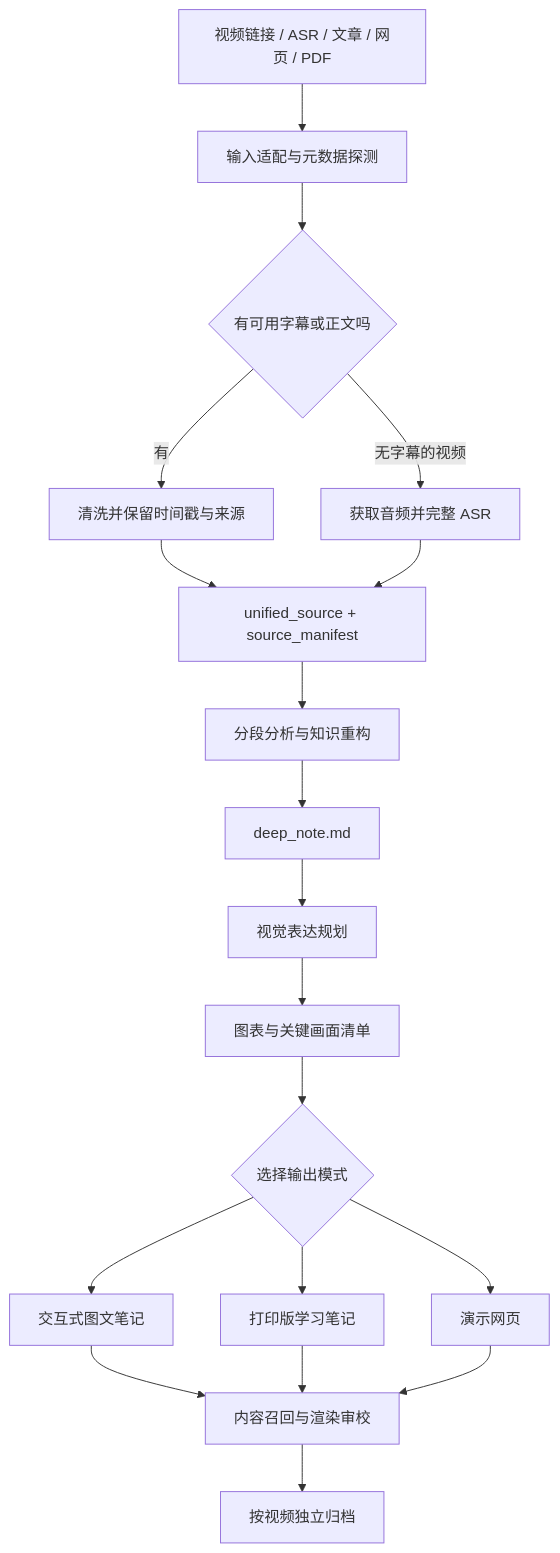
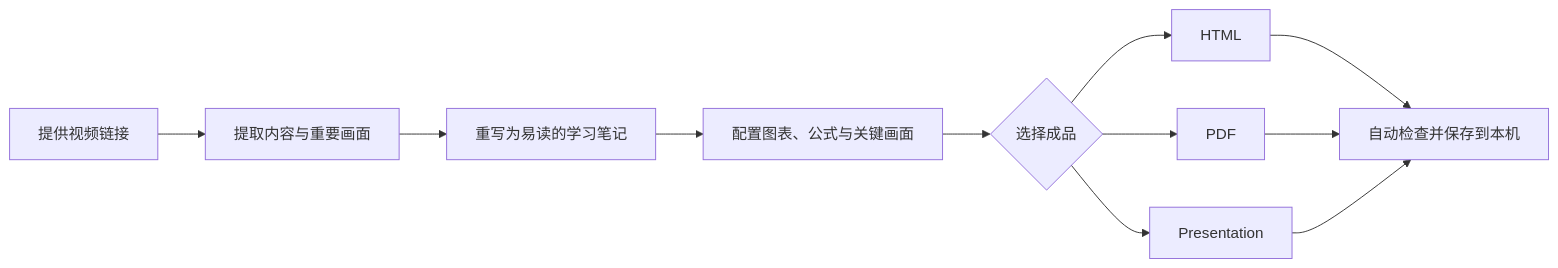
Before and after one commit to cdy1206/video-study-pipeline: the diagram in README.md, drawn with Mermaid. The commit also changed other lines of this file, not shown here.

````diff
--- a/README.md
+++ b/README.md
@@ -138,21 +128,13 @@
 ```mermaid
-flowchart TD
-    A[视频链接 / ASR / 文章 / 网页 / PDF] --> B[输入适配与元数据探测]
-    B --> C{有可用字幕或正文吗}
-    C -->|有| D[清洗并保留时间戳与来源]
-    C -->|无字幕的视频| E[获取音频并完整 ASR]
-    D --> F[unified_source + source_manifest]
-    E --> F
-    F --> G[分段分析与知识重构]
-    G --> H[deep_note.md]
-    H --> I[视觉表达规划]
-    I --> J[图表与关键画面清单]
-    J --> K{选择输出模式}
-    K --> L[交互式图文笔记]
-    K --> M[打印版学习笔记]
-    K --> N[演示网页]
-    L --> O[内容召回与渲染审校]
-    M --> O
-    N --> O
-    O --> P[按视频独立归档]
+flowchart LR
+    A[提供视频链接] --> B[提取内容与重要画面]
+    B --> C[重写为易读的学习笔记]
+    C --> D[配置图表、公式与关键画面]
+    D --> E{选择成品}
+    E --> F[HTML]
+    E --> G[PDF]
+    E --> H[Presentation]
+    F --> I[自动检查并保存到本机]
+    G --> I
+    H --> I
 ```
````
